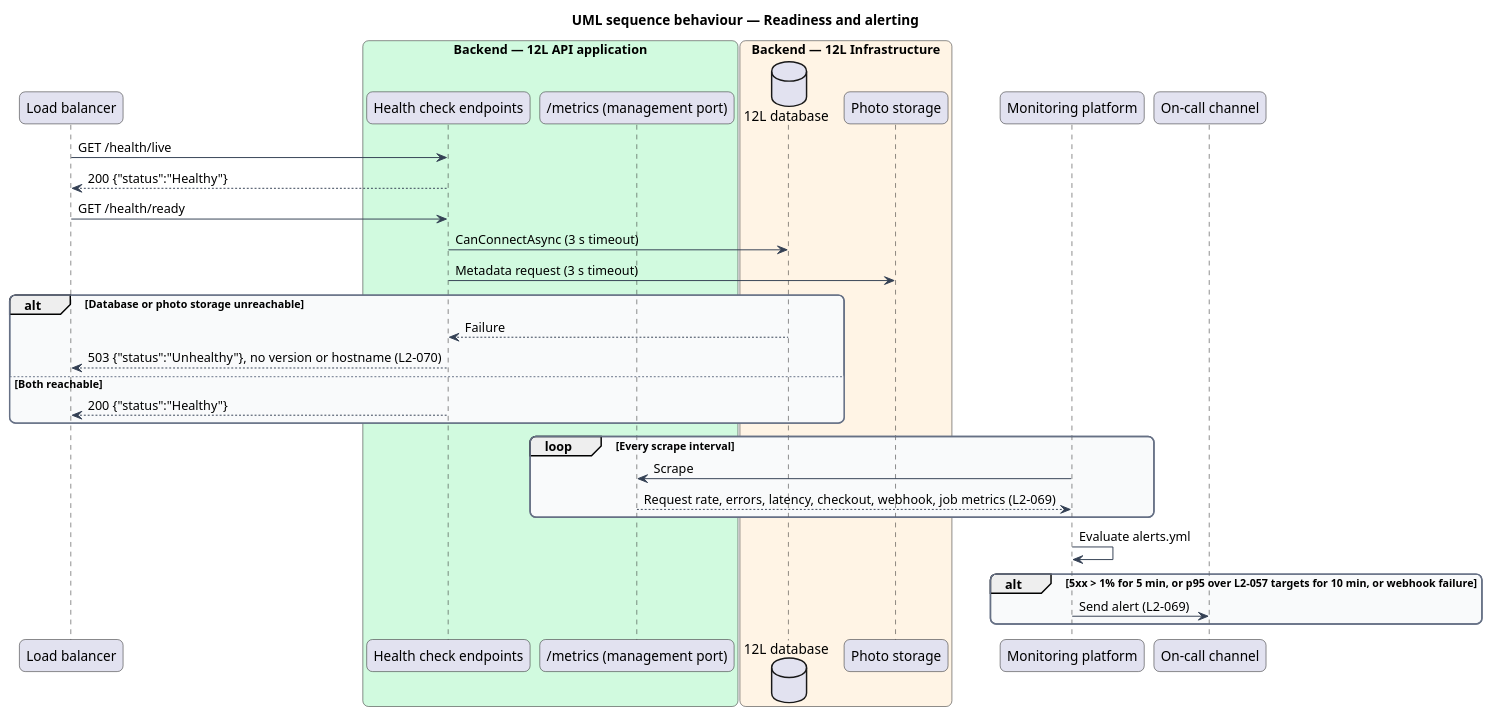
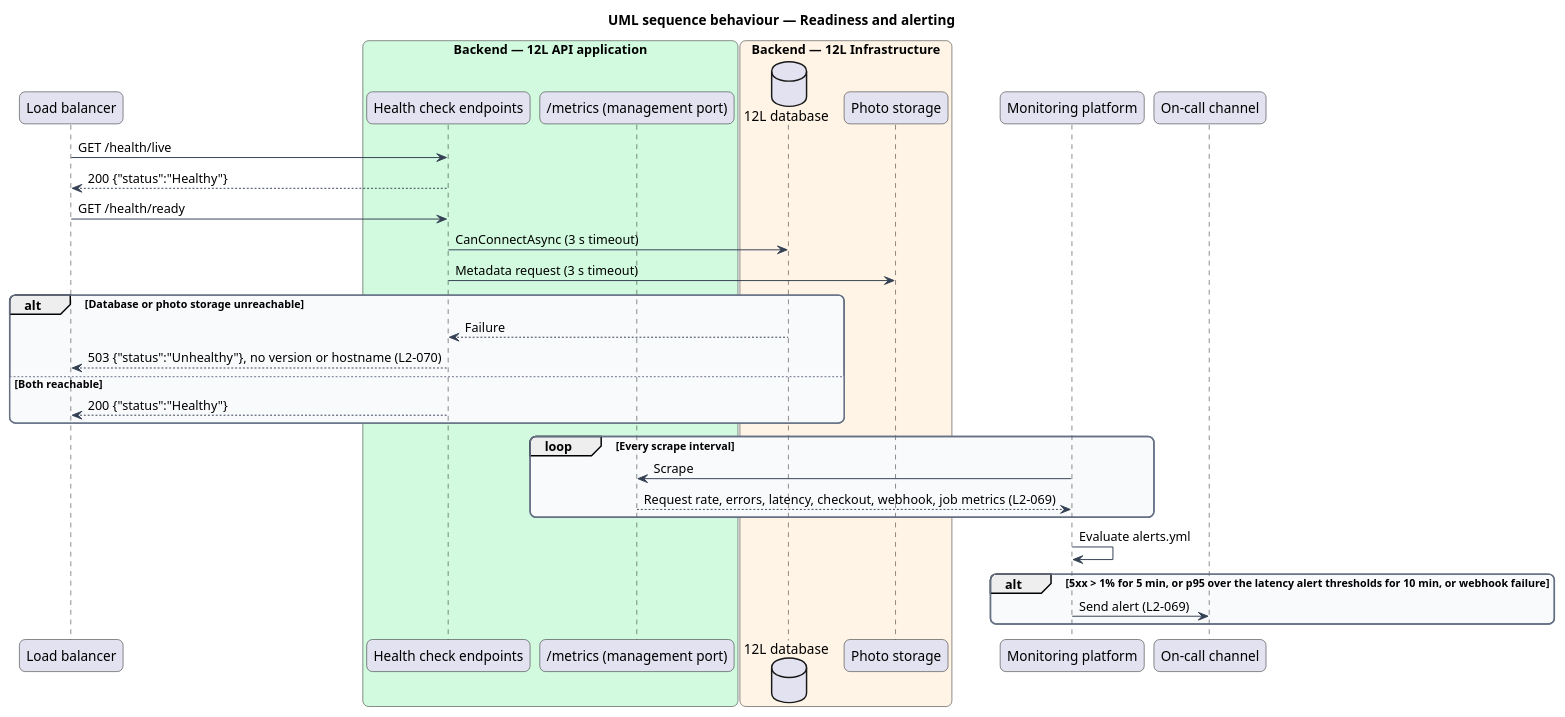
Before and after one commit to QuinntyneBrown/12l: the diagram in docs/detailed-designs/platform/report-errors-and-observe/diagrams/sequence-health-and-alerts.puml, drawn with PlantUML. The commit also changed 379 other files, not shown here.

```diff
--- a/docs/detailed-designs/platform/report-errors-and-observe/diagrams/sequence-health-and-alerts.puml
+++ b/docs/detailed-designs/platform/report-errors-and-observe/diagrams/sequence-health-and-alerts.puml
@@ -1,47 +1,47 @@
 @startuml
 title UML sequence behaviour — Readiness and alerting
 skinparam backgroundColor #FFFFFF
 skinparam shadowing false
 skinparam roundcorner 12
 skinparam defaultFontName Arial
 skinparam ArrowColor #344054
 skinparam rectangle {
   BorderColor #344054
   FontColor #101828
 }
 skinparam package {
   BorderColor #667085
   FontColor #101828
   BackgroundColor #F9FAFB
 }
 participant "Load balancer" as lb
 box "Backend — 12L API application" #D1FADF
   participant "Health check endpoints" as health
   participant "/metrics (management port)" as metrics
 end box
 box "Backend — 12L Infrastructure" #FFF4E5
   database "12L database" as db
   participant "Photo storage" as photos
 end box
 participant "Monitoring platform" as mon
 participant "On-call channel" as oncall
 lb -> health : GET /health/live
 health --> lb : 200 {"status":"Healthy"}
 lb -> health : GET /health/ready
 health -> db : CanConnectAsync (3 s timeout)
 health -> photos : Metadata request (3 s timeout)
 alt Database or photo storage unreachable
   db --> health : Failure
   health --> lb : 503 {"status":"Unhealthy"}, no version or hostname (L2-070)
 else Both reachable
   health --> lb : 200 {"status":"Healthy"}
 end
 loop Every scrape interval
   mon -> metrics : Scrape
   metrics --> mon : Request rate, errors, latency, checkout, webhook, job metrics (L2-069)
 end
 mon -> mon : Evaluate alerts.yml
-alt 5xx > 1% for 5 min, or p95 over L2-057 targets for 10 min, or webhook failure
+alt 5xx > 1% for 5 min, or p95 over the latency alert thresholds for 10 min, or webhook failure
   mon -> oncall : Send alert (L2-069)
 end
 @enduml
```
